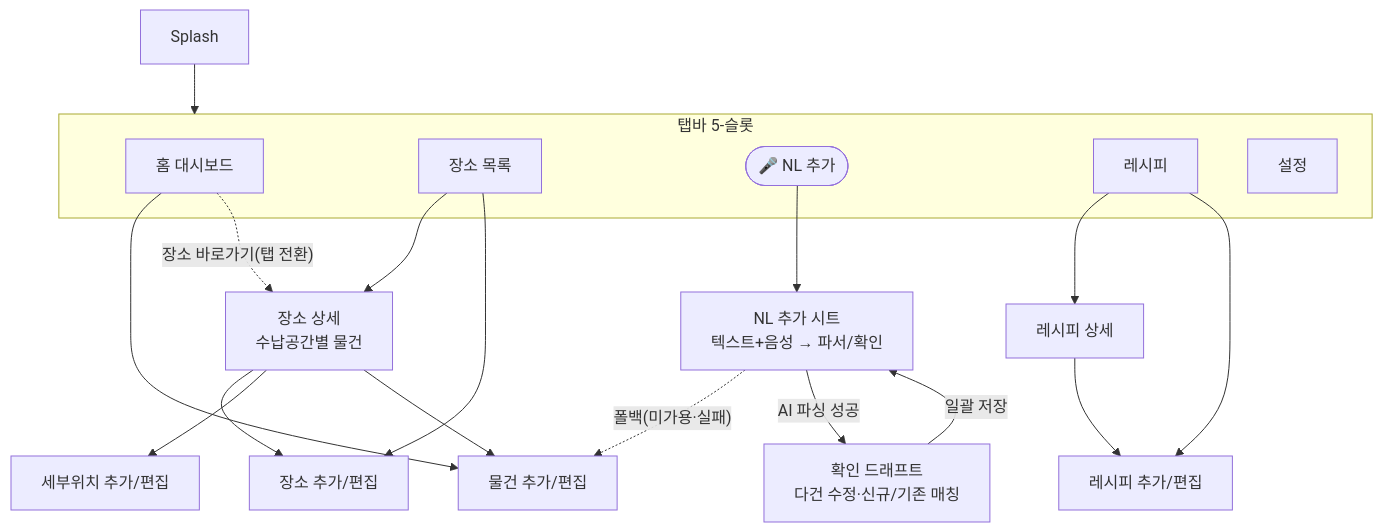
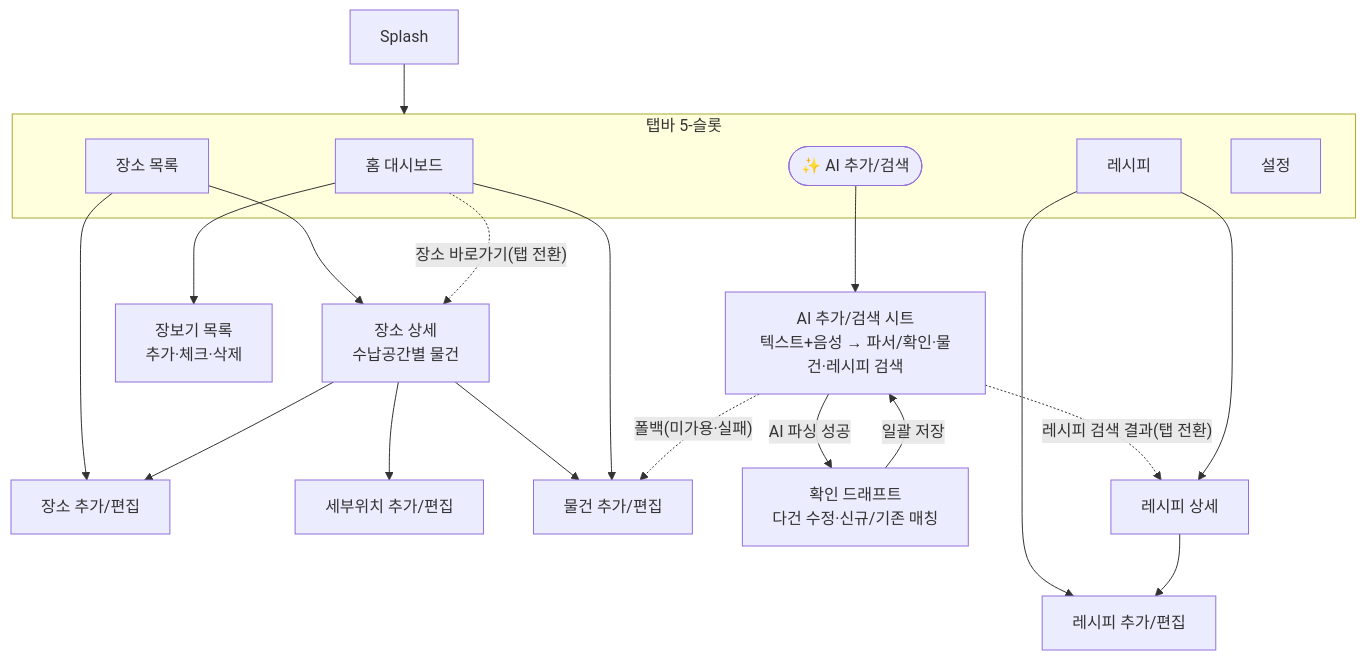
The diagram in docs/screen-map.md (lks574/HomePinApp_iOS), drawn with Mermaid before and after one commit. The commit also changed other lines of this file and 21 other files, not shown here.

````diff
--- a/docs/screen-map.md
+++ b/docs/screen-map.md
@@ -15,25 +15,27 @@
 ```mermaid
 flowchart TD
     Splash --> Tab
     subgraph Tab[탭바 5-슬롯]
       Home[홈 대시보드]
       Places[장소 목록]
-      Mic([🎤 NL 추가])
+      AI([✨ AI 추가/검색])
       Recipes[레시피]
       Settings[설정]
     end
     Places --> PlaceDetail[장소 상세<br/>수납공간별 물건]
     Places --> PlaceEditor[장소 추가/편집]
     PlaceDetail --> PlaceEditor
     PlaceDetail --> SpotEditor[세부위치 추가/편집]
     PlaceDetail --> ItemEditor[물건 추가/편집]
     Home --> ItemEditor
+    Home --> Shopping[장보기 목록<br/>추가·체크·삭제]
     Home -. 장소 바로가기(탭 전환) .-> PlaceDetail
     Capture -. 폴백(미가용·실패) .-> ItemEditor
     Capture -- AI 파싱 성공 --> DraftReview[확인 드래프트<br/>다건 수정·신규/기존 매칭]
     DraftReview -- 일괄 저장 --> Capture
-    Mic --> Capture[NL 추가 시트<br/>텍스트+음성 → 파서/확인]
+    AI --> Capture[AI 추가/검색 시트<br/>텍스트+음성 → 파서/확인·물건·레시피 검색]
+    Capture -. 레시피 검색 결과(탭 전환) .-> RecipeDetail
     Recipes --> RecipeDetail[레시피 상세]
     Recipes --> RecipeEditor[레시피 추가/편집]
     RecipeDetail --> RecipeEditor
 ```
````
